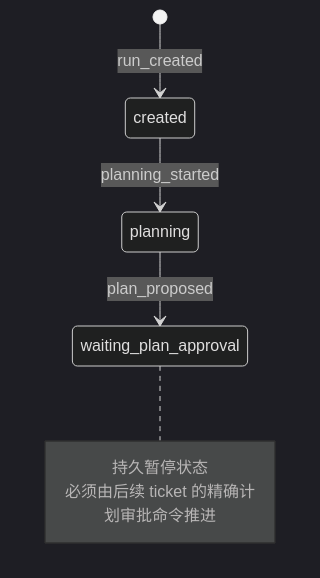
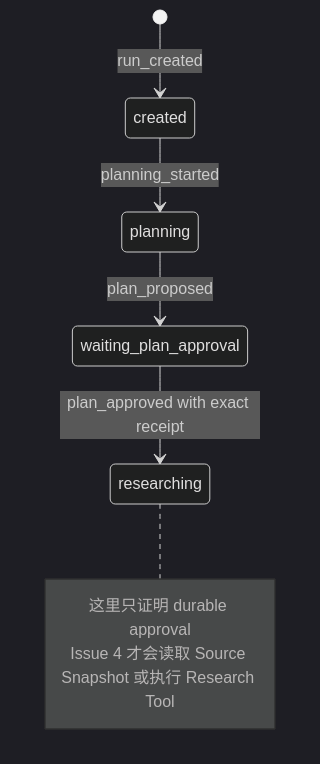
One commit to nightsu/ai-stuff changed the second of 2 diagrams in projects/evidence-research-agent/docs/architecture.md. Above: the diagram before and after it, drawn with Mermaid (dark theme). The commit also changed other lines of this file and 4 other files, not shown here.

Commit message:
feat: expose versioned plan approval

````diff
--- a/projects/evidence-research-agent/docs/architecture.md
+++ b/projects/evidence-research-agent/docs/architecture.md
@@ -51,11 +51,12 @@
 ```mermaid
 stateDiagram-v2
   [*] --> created: run_created
   created --> planning: planning_started
   planning --> waiting_plan_approval: plan_proposed
+  waiting_plan_approval --> researching: plan_approved with exact receipt
 
-  note right of waiting_plan_approval
-    持久暂停状态
-    必须由后续 ticket 的精确计划审批命令推进
+  note right of researching
+    这里只证明 durable approval
+    Issue 4 才会读取 Source Snapshot 或执行 Research Tool
   end note
 ```
````
